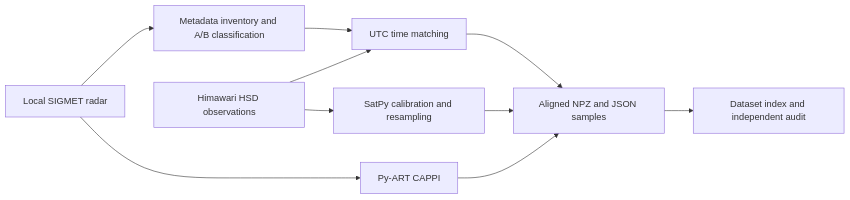
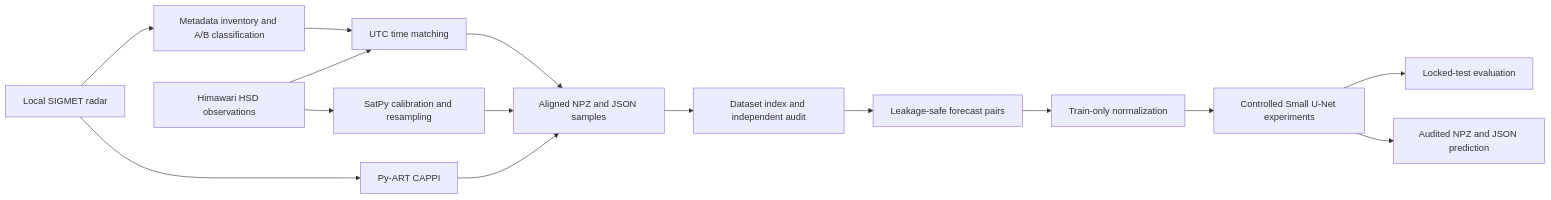
The diagram in README.md (nhphu206/nhabe-radar-himawari-portfolio), drawn with Mermaid before and after one commit. The commit also changed other lines of this file and 8 other files, not shown here.

````diff
--- a/README.md
+++ b/README.md
@@ -9,12 +9,17 @@
 ```mermaid
 flowchart LR
     R[Local SIGMET radar] --> I[Metadata inventory and A/B classification]
     I --> T[UTC time matching]
     H[Himawari HSD observations] --> T
     R --> C[Py-ART CAPPI]
     H --> S[SatPy calibration and resampling]
     C --> P[Aligned NPZ and JSON samples]
     S --> P
     T --> P
     P --> D[Dataset index and independent audit]
+    D --> F[Leakage-safe forecast pairs]
+    F --> N[Train-only normalization]
+    N --> M[Controlled Small U-Net experiments]
+    M --> E[Locked-test evaluation]
+    M --> O[Audited NPZ and JSON prediction]
 ```
````
